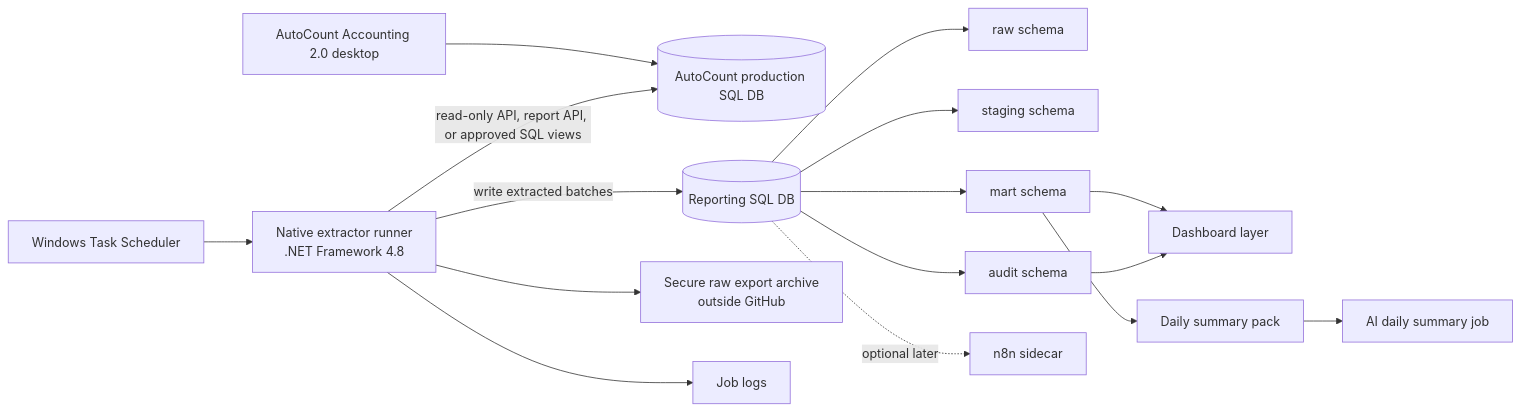
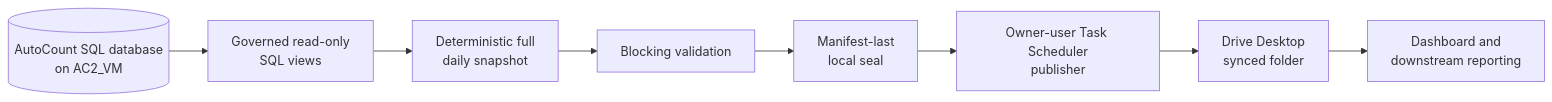
Before and after one commit to x-boundaries/automation: the first of 2 diagrams in docs/autocount2-automation/architecture.md, drawn with Mermaid. The commit also changed other lines of this file and 81 other files, not shown here.

First line of the commit message:
feat(member-write): v2 gateway, AC2 primitive and canonical architecture doc sync (#155 W-G3-152)

````diff
--- a/docs/autocount2-automation/architecture.md
+++ b/docs/autocount2-automation/architecture.md
@@ -23,18 +48,10 @@
 ```mermaid
 flowchart LR
-    AC[AutoCount Accounting 2.0 desktop] --> ACDB[(AutoCount production SQL DB)]
-    TS[Windows Task Scheduler] --> Runner[Native extractor runner<br/>.NET Framework 4.8]
-    Runner -->|read-only API, report API, or approved SQL views| ACDB
-    Runner -->|write extracted batches| RPT[(Reporting SQL DB)]
-    Runner --> Archive[Secure raw export archive<br/>outside GitHub]
-    Runner --> Logs[Job logs]
-    RPT --> Raw[raw schema]
-    RPT --> Stg[staging schema]
-    RPT --> Mart[mart schema]
-    RPT --> Audit[audit schema]
-    Mart --> Dash[Dashboard layer]
-    Mart --> Pack[Daily summary pack]
-    Pack --> AI[AI daily summary job]
-    Audit --> Dash
-    RPT -. optional later .-> N8N[n8n sidecar]
+    AC[(AutoCount SQL database<br/>on AC2_VM)] --> V[Governed read-only<br/>SQL views]
+    V --> S[Deterministic full<br/>daily snapshot]
+    S --> Val[Blocking validation]
+    Val --> Seal[Manifest-last<br/>local seal]
+    Seal --> Pub[Owner-user Task Scheduler<br/>publisher]
+    Pub --> DD[Drive Desktop<br/>synced folder]
+    DD --> Dash[Dashboard and<br/>downstream reporting]
 ```
````
